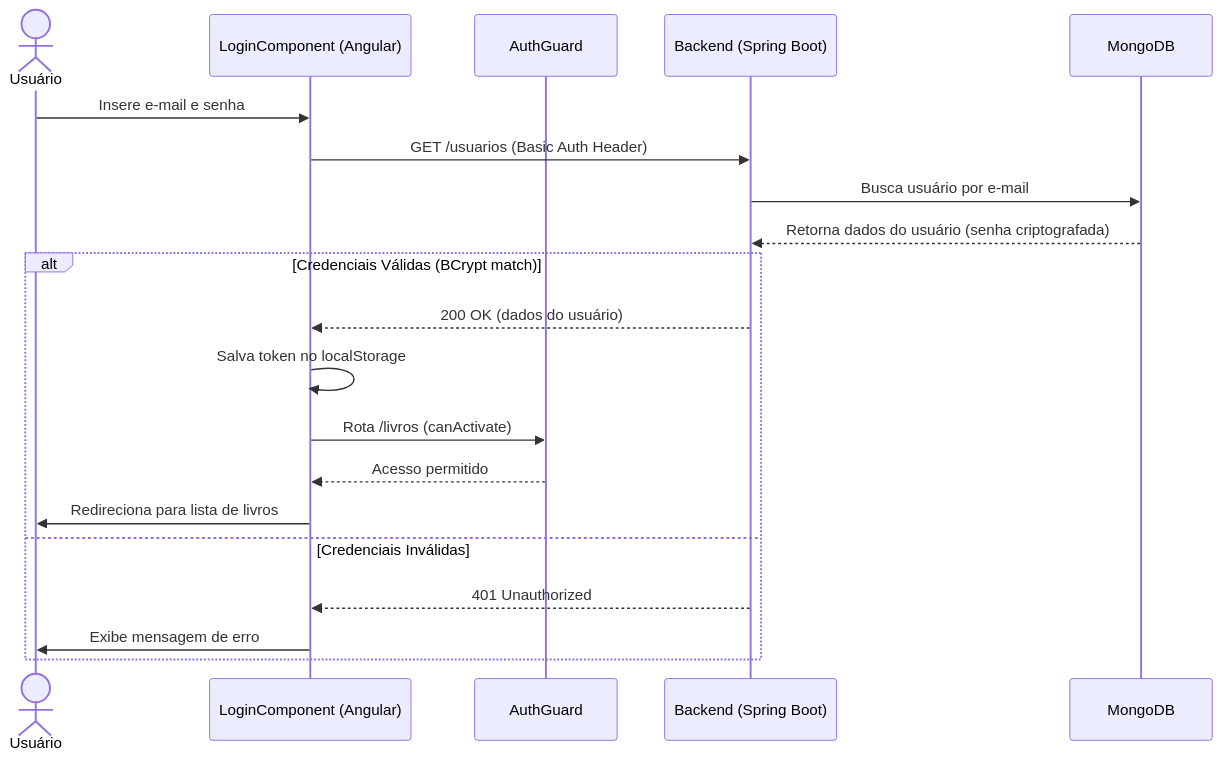
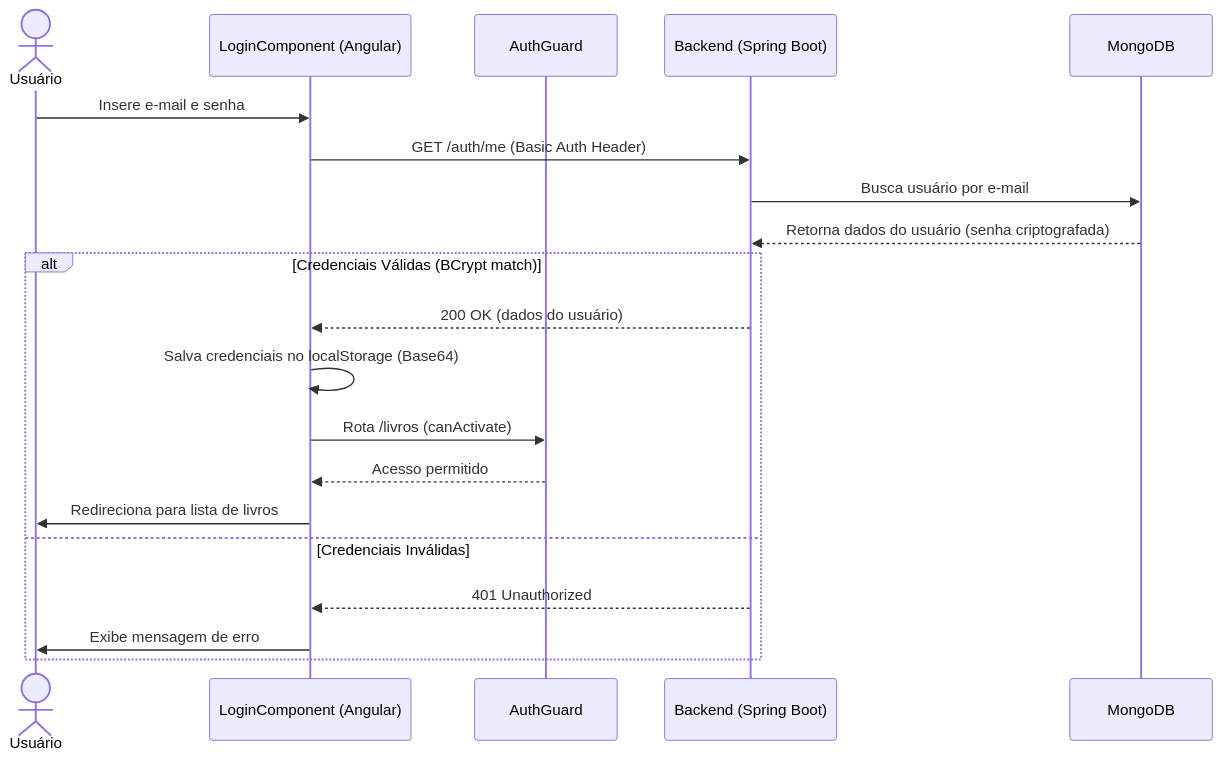
The first of 5 diagrams in Diagrama UML.md (Alex-sampaio-lima/Projeto-Q.A), drawn with Mermaid before and after one commit. The commit also changed other lines of this file and 10 other files, not shown here.

````diff
--- a/Diagrama UML.md
+++ b/Diagrama UML.md
@@ -11,24 +11,24 @@
 ```mermaid
 sequenceDiagram
     actor Usuario as Usuário
     participant Front as LoginComponent (Angular)
     participant Guard as AuthGuard
     participant Back as Backend (Spring Boot)
     participant DB as MongoDB
 
     Usuario->>Front: Insere e-mail e senha
-    Front->>Back: GET /usuarios (Basic Auth Header)
+    Front->>Back: GET /auth/me (Basic Auth Header)
     Back->>DB: Busca usuário por e-mail
     DB-->>Back: Retorna dados do usuário (senha criptografada)
 
     alt Credenciais Válidas (BCrypt match)
         Back-->>Front: 200 OK (dados do usuário)
-        Front->>Front: Salva token no localStorage
+        Front->>Front: Salva credenciais no localStorage (Base64)
         Front->>Guard: Rota /livros (canActivate)
         Guard-->>Front: Acesso permitido
         Front->>Usuario: Redireciona para lista de livros
     else Credenciais Inválidas
         Back-->>Front: 401 Unauthorized
         Front->>Usuario: Exibe mensagem de erro
     end
 ```
````
